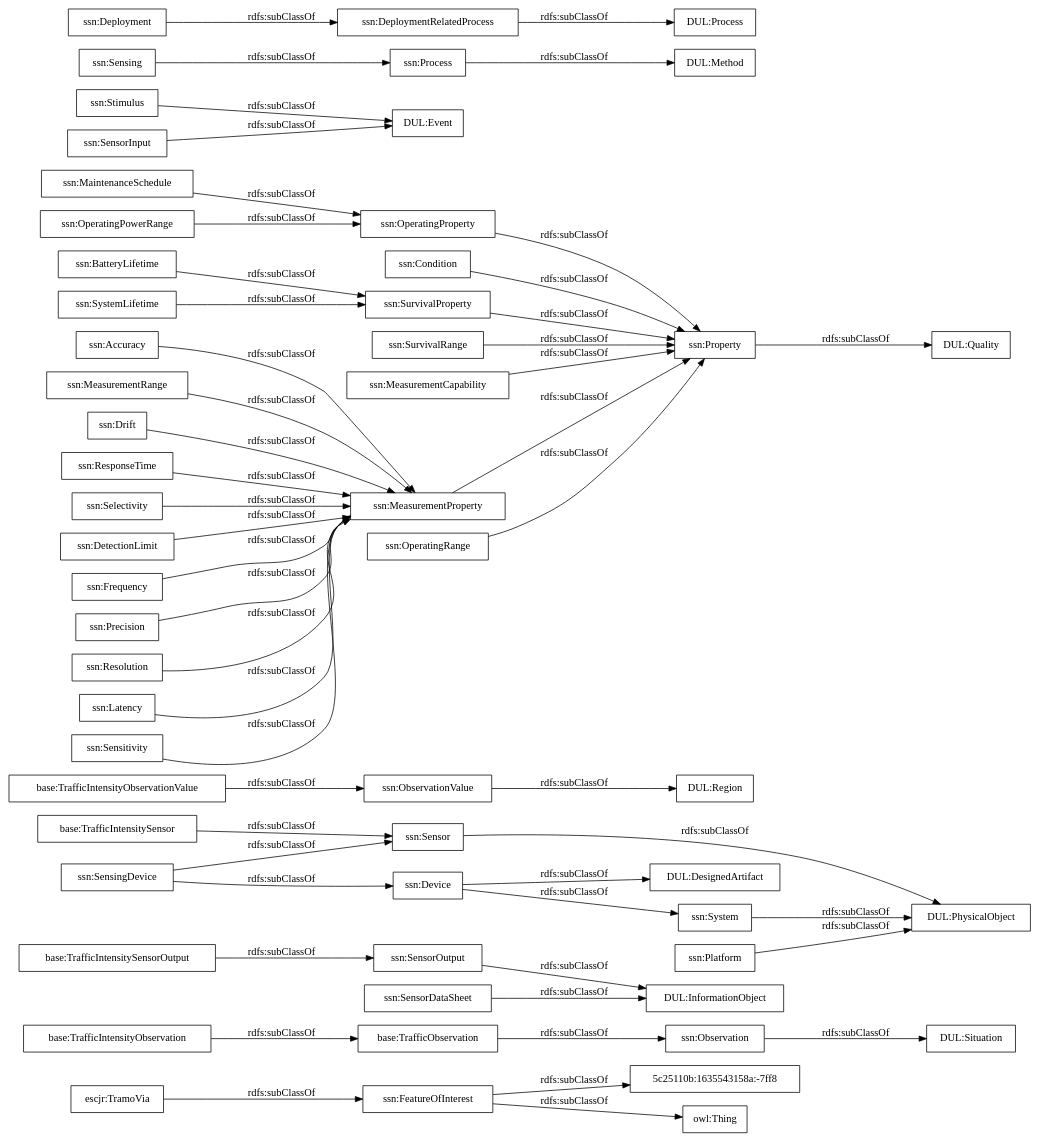
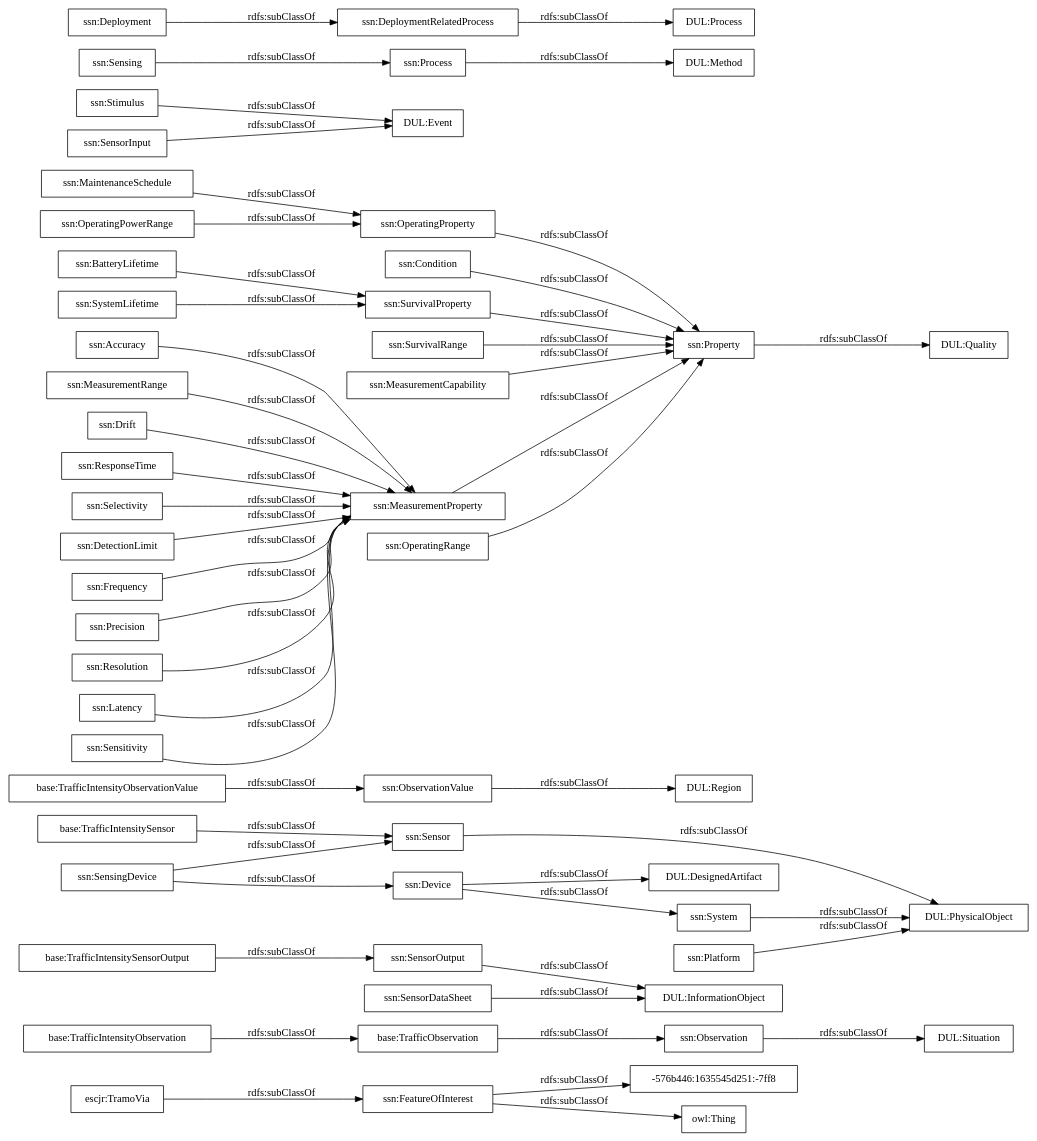
One commit to ma-garcia/transporte-trafico-tiempo-real changed the diagram in OnToology/trafico.owl/diagrams/ar2dtool-taxonomy/trafico.owl.png.dot. Above: the diagram before and after it, drawn with Graphviz. The commit also changed 5 other files, not shown here.

```diff
--- a/OnToology/trafico.owl/diagrams/ar2dtool-taxonomy/trafico.owl.png.dot
+++ b/OnToology/trafico.owl/diagrams/ar2dtool-taxonomy/trafico.owl.png.dot
@@ -1,54 +1,54 @@
 digraph ar2dtool_diagram { 
 rankdir=LR;
 size="1000"
-node [shape = rectangle, color="black"]; "escjr:TramoVia" "base:TrafficObservation" "base:TrafficIntensitySensorOutput" "base:TrafficIntensitySensor" "base:TrafficIntensityObservationValue" "base:TrafficIntensityObservation" "ssn:Accuracy" "ssn:DetectionLimit" "ssn:Frequency" "ssn:Condition" "DUL:Region" "DUL:Situation" "DUL:PhysicalObject" "ssn:SensorOutput" "ssn:Precision" "ssn:Resolution" "DUL:Quality" "ssn:FeatureOfInterest" "ssn:Sensor" "DUL:InformationObject" "ssn:OperatingProperty" "DUL:Event" "ssn:OperatingPowerRange" "DUL:Method" "ssn:MaintenanceSchedule" "ssn:Sensing" "ssn:Latency" "ssn:SurvivalRange" "ssn:SensingDevice" "DUL:DesignedArtifact" "ssn:Sensitivity" "ssn:Stimulus" "DUL:Process" "ssn:MeasurementRange" "ssn:System" "ssn:SystemLifetime" "ssn:Property" "ssn:MeasurementProperty" "ssn:Process" "ssn:Deployment" "ssn:MeasurementCapability" "ssn:BatteryLifetime" "ssn:Drift" "ssn:DeploymentRelatedProcess" "ssn:SensorInput" "5c25110b:1635543158a:-7ff8" "ssn:ResponseTime" "ssn:ObservationValue" "ssn:SensorDataSheet" "ssn:Observation" "ssn:Selectivity" "ssn:SurvivalProperty" "ssn:Device" "ssn:OperatingRange" "ssn:Platform" ; /*classes style*/
+node [shape = rectangle, color="black"]; "escjr:TramoVia" "base:TrafficObservation" "base:TrafficIntensitySensorOutput" "base:TrafficIntensitySensor" "base:TrafficIntensityObservationValue" "base:TrafficIntensityObservation" "-576b446:1635545d251:-7ff8" "ssn:Accuracy" "ssn:DetectionLimit" "ssn:Frequency" "ssn:Condition" "DUL:Region" "DUL:Situation" "DUL:PhysicalObject" "ssn:SensorOutput" "ssn:Precision" "ssn:Resolution" "DUL:Quality" "ssn:FeatureOfInterest" "ssn:Sensor" "DUL:InformationObject" "ssn:OperatingProperty" "DUL:Event" "ssn:OperatingPowerRange" "DUL:Method" "ssn:MaintenanceSchedule" "ssn:Sensing" "ssn:Latency" "ssn:SurvivalRange" "ssn:SensingDevice" "DUL:DesignedArtifact" "ssn:Sensitivity" "ssn:Stimulus" "DUL:Process" "ssn:MeasurementRange" "ssn:System" "ssn:SystemLifetime" "ssn:Property" "ssn:MeasurementProperty" "ssn:Process" "ssn:Deployment" "ssn:MeasurementCapability" "ssn:BatteryLifetime" "ssn:Drift" "ssn:DeploymentRelatedProcess" "ssn:SensorInput" "ssn:ResponseTime" "ssn:ObservationValue" "ssn:SensorDataSheet" "ssn:Observation" "ssn:Selectivity" "ssn:SurvivalProperty" "ssn:Device" "ssn:OperatingRange" "ssn:Platform" ; /*classes style*/
 	"ssn:Deployment" -> "ssn:DeploymentRelatedProcess" [ label = "rdfs:subClassOf" ];
 	"ssn:SensingDevice" -> "ssn:Sensor" [ label = "rdfs:subClassOf" ];
 	"ssn:SensingDevice" -> "ssn:Device" [ label = "rdfs:subClassOf" ];
 	"ssn:DeploymentRelatedProcess" -> "DUL:Process" [ label = "rdfs:subClassOf" ];
 	"ssn:Accuracy" -> "ssn:MeasurementProperty" [ label = "rdfs:subClassOf" ];
 	"ssn:FeatureOfInterest" -> "owl:Thing" [ label = "rdfs:subClassOf" ];
-	"ssn:FeatureOfInterest" -> "5c25110b:1635543158a:-7ff8" [ label = "rdfs:subClassOf" ];
+	"ssn:FeatureOfInterest" -> "-576b446:1635545d251:-7ff8" [ label = "rdfs:subClassOf" ];
 	"ssn:Latency" -> "ssn:MeasurementProperty" [ label = "rdfs:subClassOf" ];
 	"base:TrafficIntensityObservation" -> "base:TrafficObservation" [ label = "rdfs:subClassOf" ];
 	"ssn:Process" -> "DUL:Method" [ label = "rdfs:subClassOf" ];
 	"ssn:Property" -> "DUL:Quality" [ label = "rdfs:subClassOf" ];
 	"ssn:MeasurementProperty" -> "ssn:Property" [ label = "rdfs:subClassOf" ];
 	"ssn:ResponseTime" -> "ssn:MeasurementProperty" [ label = "rdfs:subClassOf" ];
 	"ssn:OperatingRange" -> "ssn:Property" [ label = "rdfs:subClassOf" ];
 	"ssn:MeasurementRange" -> "ssn:MeasurementProperty" [ label = "rdfs:subClassOf" ];
 	"ssn:Stimulus" -> "DUL:Event" [ label = "rdfs:subClassOf" ];
 	"ssn:SurvivalProperty" -> "ssn:Property" [ label = "rdfs:subClassOf" ];
 	"base:TrafficIntensitySensorOutput" -> "ssn:SensorOutput" [ label = "rdfs:subClassOf" ];
 	"ssn:MaintenanceSchedule" -> "ssn:OperatingProperty" [ label = "rdfs:subClassOf" ];
 	"base:TrafficIntensitySensor" -> "ssn:Sensor" [ label = "rdfs:subClassOf" ];
 	"ssn:SensorInput" -> "DUL:Event" [ label = "rdfs:subClassOf" ];
 	"ssn:Sensitivity" -> "ssn:MeasurementProperty" [ label = "rdfs:subClassOf" ];
 	"ssn:Drift" -> "ssn:MeasurementProperty" [ label = "rdfs:subClassOf" ];
 	"ssn:System" -> "DUL:PhysicalObject" [ label = "rdfs:subClassOf" ];
 	"ssn:Resolution" -> "ssn:MeasurementProperty" [ label = "rdfs:subClassOf" ];
 	"ssn:Precision" -> "ssn:MeasurementProperty" [ label = "rdfs:subClassOf" ];
 	"escjr:TramoVia" -> "ssn:FeatureOfInterest" [ label = "rdfs:subClassOf" ];
 	"ssn:DetectionLimit" -> "ssn:MeasurementProperty" [ label = "rdfs:subClassOf" ];
 	"ssn:Sensor" -> "DUL:PhysicalObject" [ label = "rdfs:subClassOf" ];
 	"ssn:SensorDataSheet" -> "DUL:InformationObject" [ label = "rdfs:subClassOf" ];
 	"ssn:OperatingPowerRange" -> "ssn:OperatingProperty" [ label = "rdfs:subClassOf" ];
 	"ssn:ObservationValue" -> "DUL:Region" [ label = "rdfs:subClassOf" ];
 	"base:TrafficObservation" -> "ssn:Observation" [ label = "rdfs:subClassOf" ];
 	"ssn:Device" -> "DUL:DesignedArtifact" [ label = "rdfs:subClassOf" ];
 	"ssn:Device" -> "ssn:System" [ label = "rdfs:subClassOf" ];
 	"ssn:Platform" -> "DUL:PhysicalObject" [ label = "rdfs:subClassOf" ];
 	"ssn:OperatingProperty" -> "ssn:Property" [ label = "rdfs:subClassOf" ];
 	"ssn:Selectivity" -> "ssn:MeasurementProperty" [ label = "rdfs:subClassOf" ];
 	"ssn:BatteryLifetime" -> "ssn:SurvivalProperty" [ label = "rdfs:subClassOf" ];
 	"ssn:Observation" -> "DUL:Situation" [ label = "rdfs:subClassOf" ];
 	"ssn:Sensing" -> "ssn:Process" [ label = "rdfs:subClassOf" ];
 	"base:TrafficIntensityObservationValue" -> "ssn:ObservationValue" [ label = "rdfs:subClassOf" ];
 	"ssn:SystemLifetime" -> "ssn:SurvivalProperty" [ label = "rdfs:subClassOf" ];
 	"ssn:SurvivalRange" -> "ssn:Property" [ label = "rdfs:subClassOf" ];
 	"ssn:SensorOutput" -> "DUL:InformationObject" [ label = "rdfs:subClassOf" ];
 	"ssn:Frequency" -> "ssn:MeasurementProperty" [ label = "rdfs:subClassOf" ];
 	"ssn:Condition" -> "ssn:Property" [ label = "rdfs:subClassOf" ];
 	"ssn:MeasurementCapability" -> "ssn:Property" [ label = "rdfs:subClassOf" ];
 
 }
```
